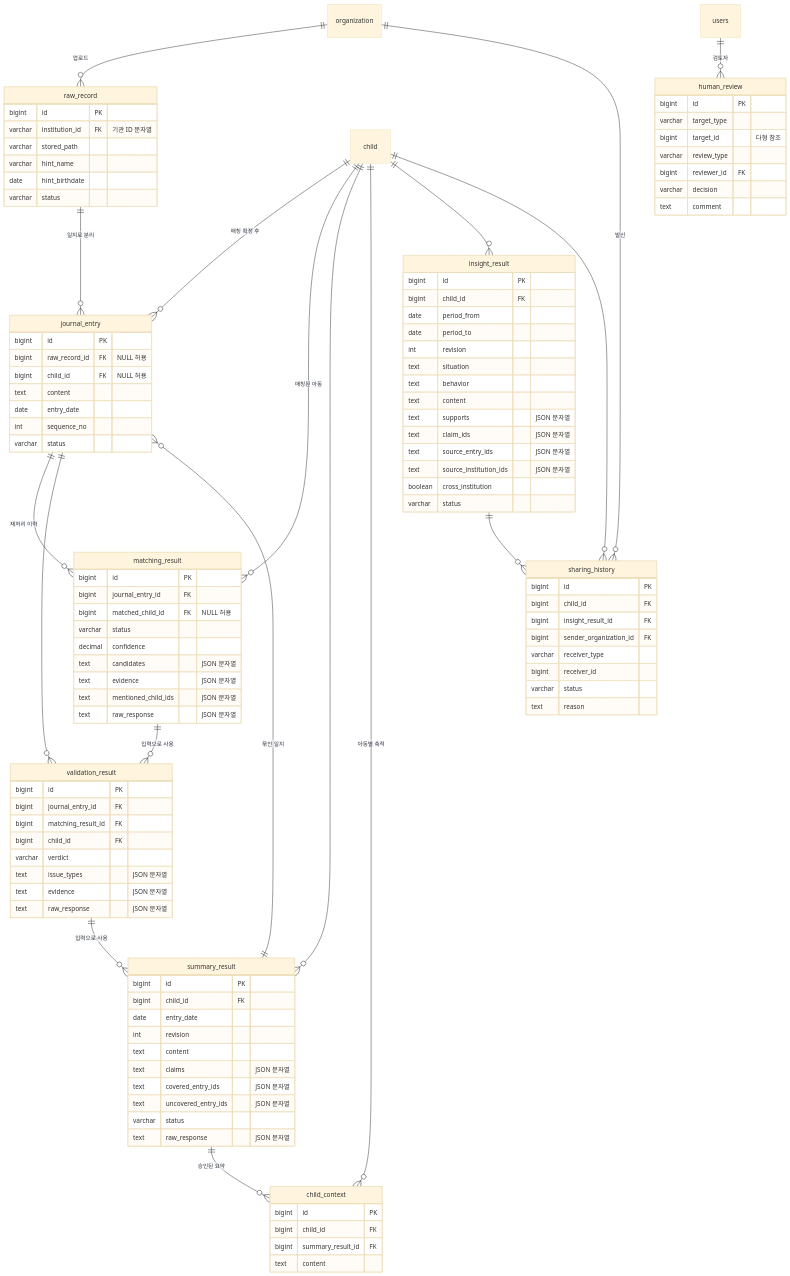
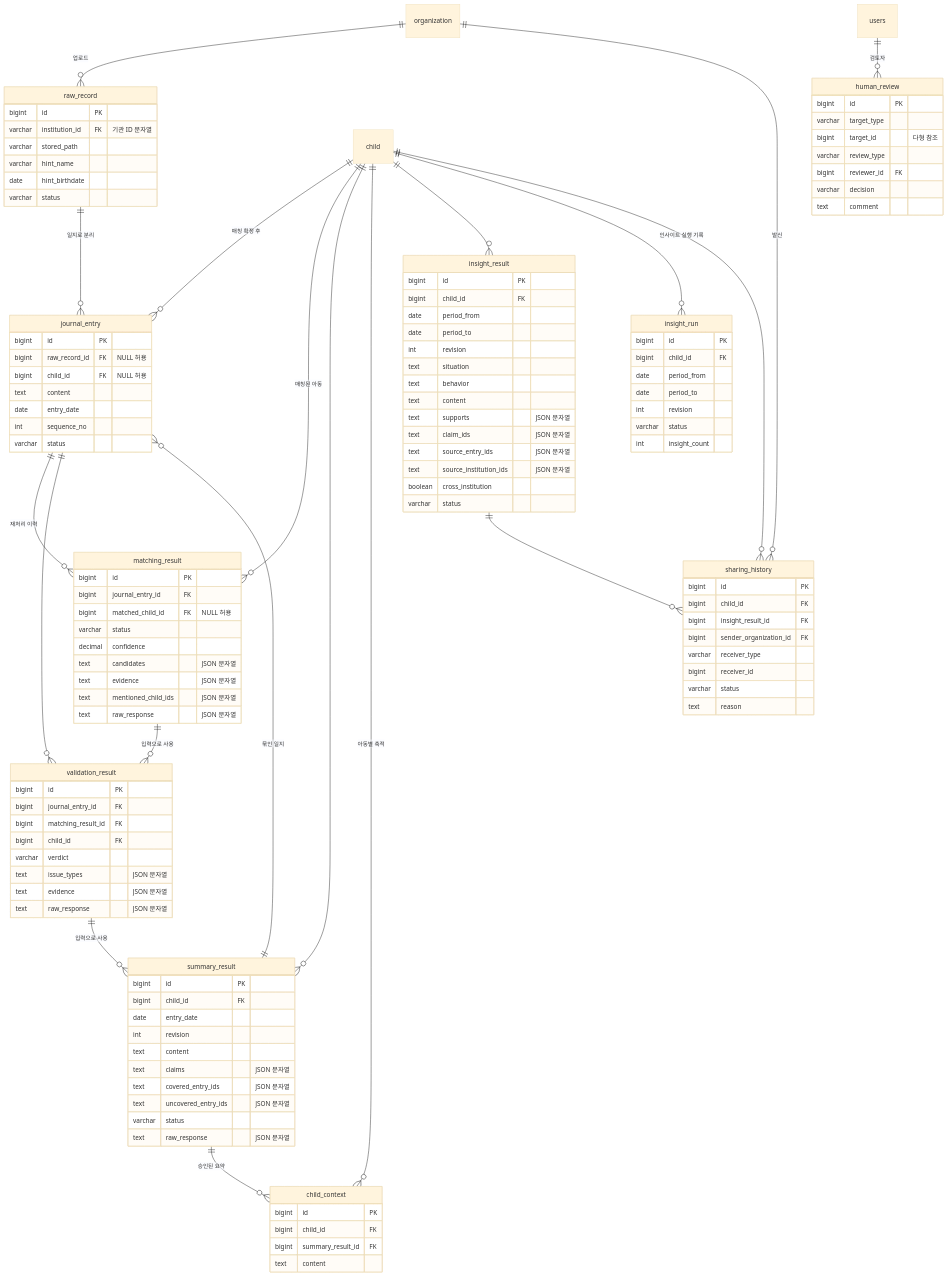
The second of 2 diagrams in docs/db/schema.md (kakaotechcampus-4/ktc4-kyungpook-2), drawn with Mermaid (base theme) before and after one commit. The commit also changed other lines of this file, not shown here.

Commit message:
docs: insight_run 설계 추가, 인사이트 재호출 방지 과제 해소

```diff
--- a/docs/db/schema.md
+++ b/docs/db/schema.md
@@ -164,6 +165,7 @@
     summary_result ||--o{ child_context : "승인된 요약"
     child ||--o{ child_context : "아동별 축적"
     child ||--o{ insight_result : ""
+    child ||--o{ insight_run : "인사이트 실행 기록"
     insight_result ||--o{ sharing_history : ""
     child ||--o{ sharing_history : ""
     organization ||--o{ sharing_history : "발신"
@@ -233,6 +235,15 @@
         bigint summary_result_id FK
         text content
     }
+    insight_run {
+        bigint id PK
+        bigint child_id FK
+        date period_from
+        date period_to
+        int revision
+        varchar status
+        int insight_count
+    }
     insight_result {
         bigint id PK
         bigint child_id FK
```
